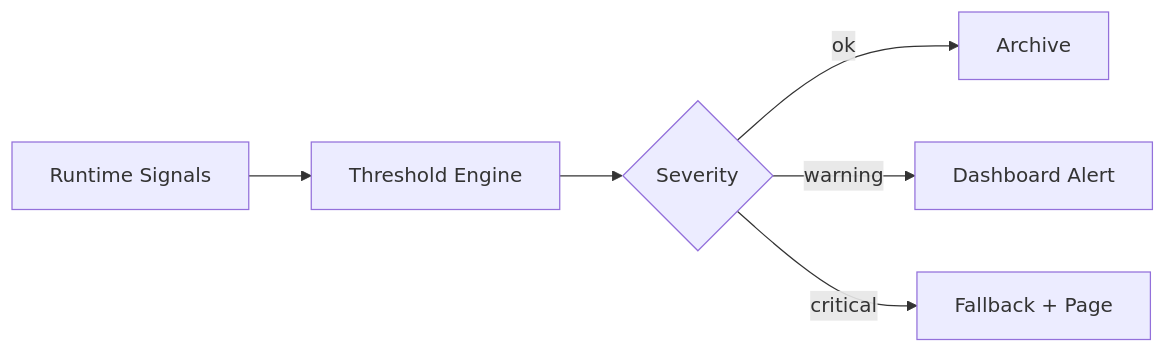
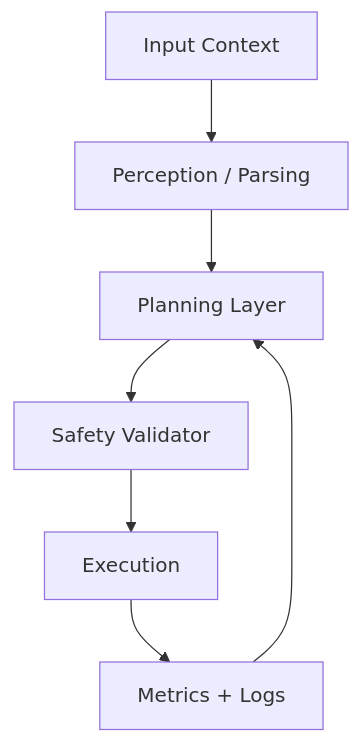
One commit to MariumAfzal2703/physical-ai-humanoid-robotics-textbook changed the diagram in docs/module-3-isaac/policy-runtime-diagnostics.mdx. Above: the diagram before and after it, drawn with Mermaid. The commit also changed other lines of this file and 13 other files, not shown here.

````diff
--- a/docs/module-3-isaac/policy-runtime-diagnostics.mdx
+++ b/docs/module-3-isaac/policy-runtime-diagnostics.mdx
@@ -48,8 +125,9 @@
 ```mermaid
-flowchart LR
-  A[Runtime Signals] --> B[Threshold Engine]
-  B --> C{Severity}
-  C -- ok --> D[Archive]
-  C -- warning --> E[Dashboard Alert]
-  C -- critical --> F[Fallback + Page]
+flowchart TD
+  A[Input Context] --> B[Perception / Parsing]
+  B --> C[Planning Layer]
+  C --> D[Safety Validator]
+  D --> E[Execution]
+  E --> F[Metrics + Logs]
+  F --> C
 ```
````
